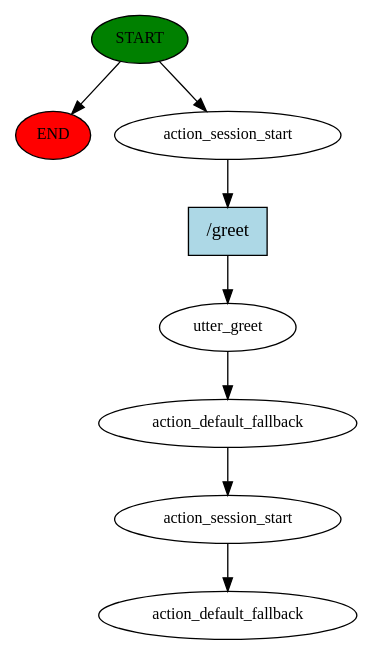
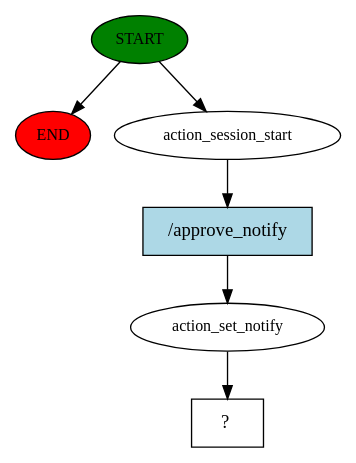
The diagram in story_graph.dot (romyfish/Ferry-Bot), drawn with Graphviz before and after one commit. The commit also changed 7 other files, not shown here.

```diff
--- a/story_graph.dot
+++ b/story_graph.dot
@@ -1,17 +1,13 @@
 digraph  {
 0 [class="start active", fillcolor=green, fontsize=12, label=START, style=filled];
 "-1" [class=end, fillcolor=red, fontsize=12, label=END, style=filled];
 1 [class=active, fontsize=12, label=action_session_start];
-2 [class=active, fontsize=12, label=utter_greet];
-3 [class=active, fontsize=12, label=action_default_fallback];
-4 [class=active, fontsize=12, label=action_session_start];
-5 [class="dashed active", fontsize=12, label=action_default_fallback];
-6 [class="intent active", fillcolor=lightblue, label="/greet", shape=rect, style=filled];
+2 [class=active, fontsize=12, label=action_set_notify];
+3 [class="intent dashed active", label="  ?  ", shape=rect];
+4 [class="intent active", fillcolor=lightblue, label="/approve_notify", shape=rect, style=filled];
 0 -> "-1"  [class="", key=NONE, label=""];
 0 -> 1  [class=active, key=NONE, label=""];
-1 -> 6  [class=active, key=0];
+1 -> 4  [class=active, key=0];
 2 -> 3  [class=active, key=NONE, label=""];
-3 -> 4  [class=active, key=NONE, label=""];
-4 -> 5  [class=active, key=NONE, label=""];
-6 -> 2  [class=active, key=0];
+4 -> 2  [class=active, key=0];
 }
```
